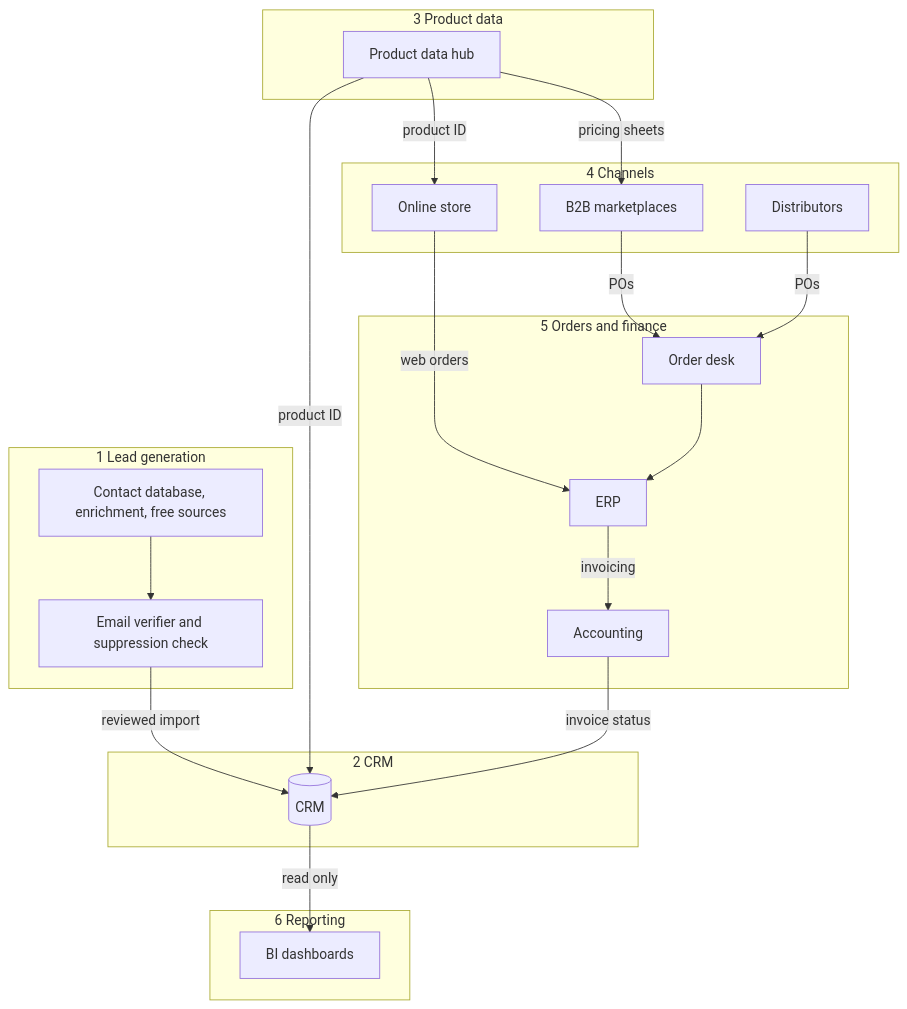
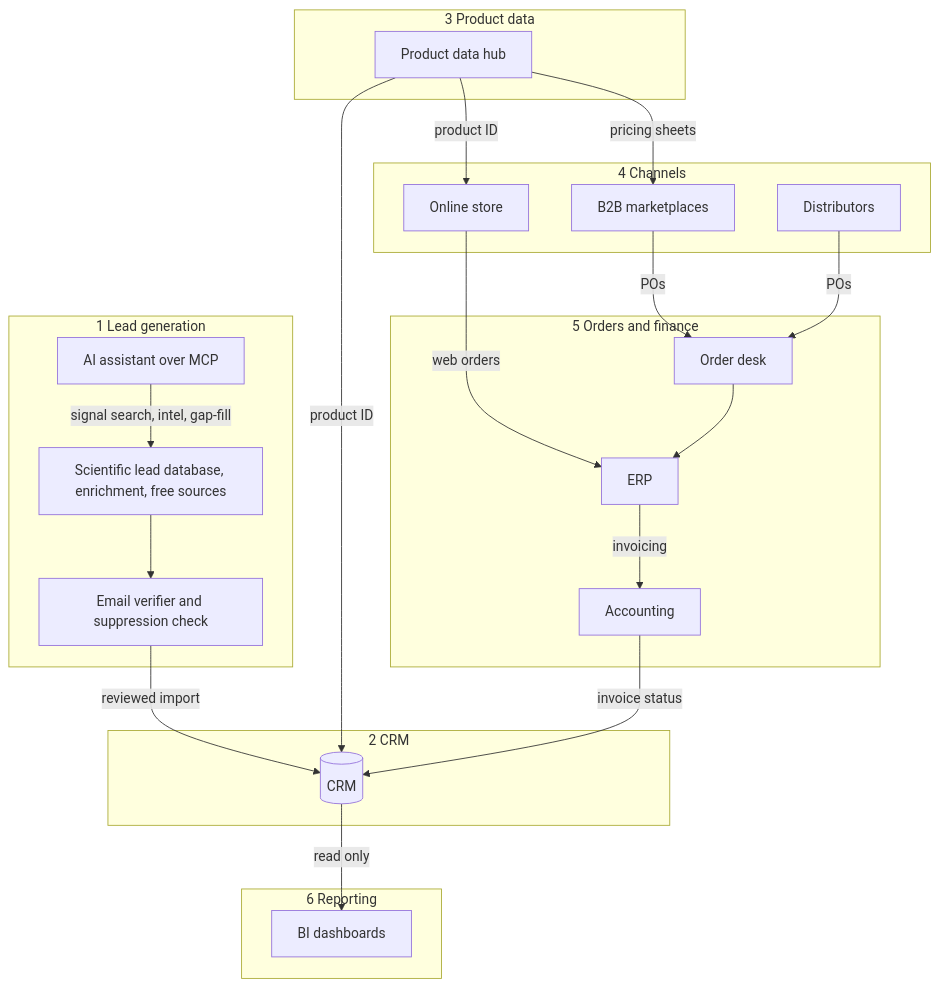
One commit to rbanola1/RevOps-Portfolio changed the first of 2 diagrams in 07-commercial-systems-architecture/diagrams/system_map.md. Above: the diagram before and after it, drawn with Mermaid. The commit also changed 12 other files, not shown here.

Commit message:
Add project 18: AI-assisted scientific prospecting (lead database + Claude over MCP); show it in the 07 lead-generation layer

````diff
--- a/07-commercial-systems-architecture/diagrams/system_map.md
+++ b/07-commercial-systems-architecture/diagrams/system_map.md
@@ -5,36 +5,37 @@
 ```mermaid
 flowchart TB
     subgraph L1[1 Lead generation]
-      LS[Contact database, enrichment, free sources] --> VF[Email verifier and suppression check]
+      AI[AI assistant over MCP] -->|signal search, intel, gap-fill| LS
+      LS[Scientific lead database, enrichment, free sources] --> VF[Email verifier and suppression check]
     end
     subgraph L2[2 CRM]
       CRM[(CRM)]
     end
     subgraph L3[3 Product data]
       PH[Product data hub]
     end
     subgraph L4[4 Channels]
       ST[Online store]
       MP[B2B marketplaces]
       DI[Distributors]
     end
     subgraph L5[5 Orders and finance]
       OD[Order desk]
       ERP[ERP]
       AC[Accounting]
     end
     subgraph L6[6 Reporting]
       BI[BI dashboards]
     end
     VF -->|reviewed import| CRM
     PH -->|product ID| CRM
     PH -->|product ID| ST
     PH -->|pricing sheets| MP
     ST -->|web orders| ERP
     MP -->|POs| OD
     DI -->|POs| OD
     OD --> ERP
     ERP -->|invoicing| AC
     AC -->|invoice status| CRM
     CRM -->|read only| BI
 ```
````
